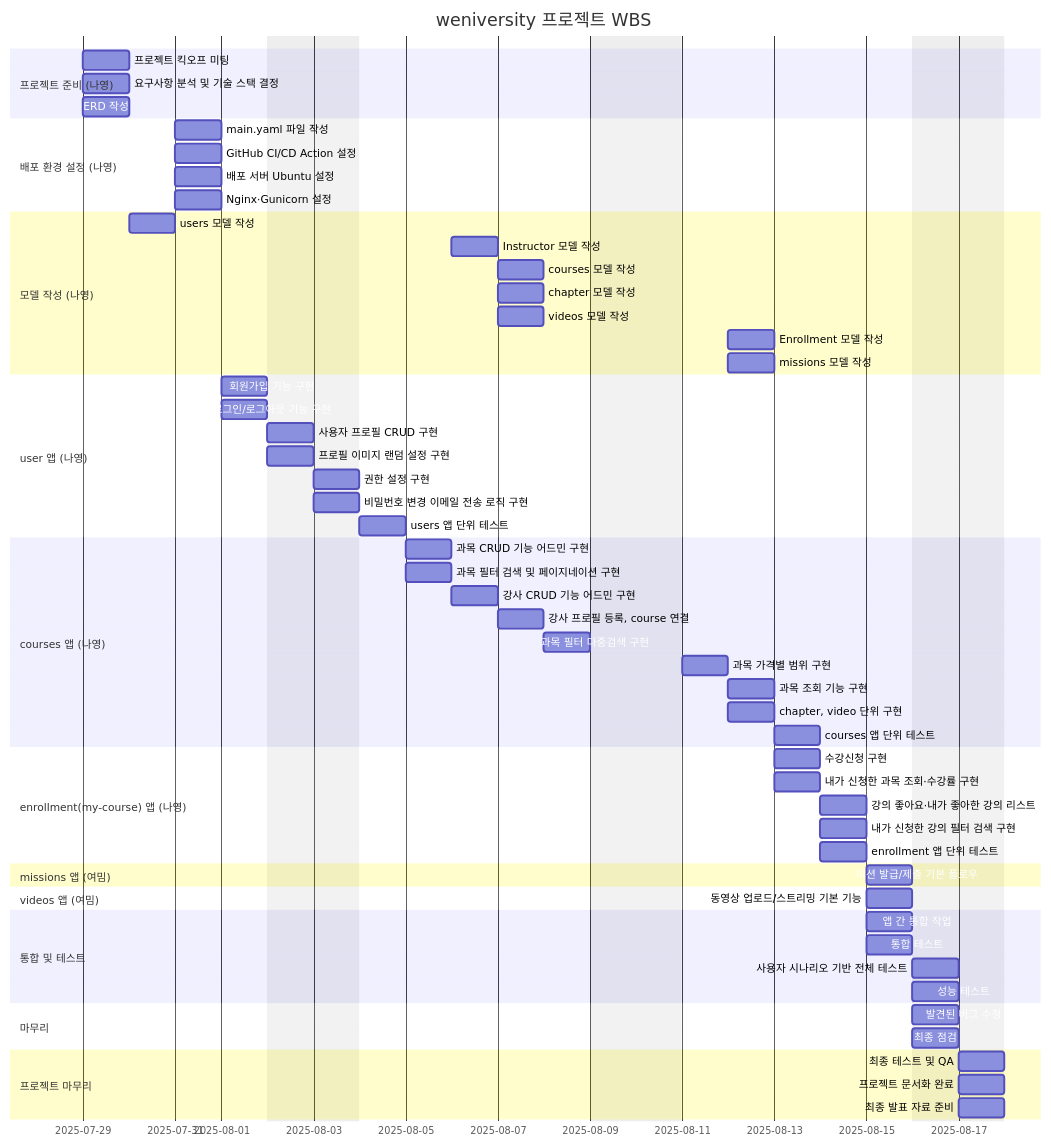
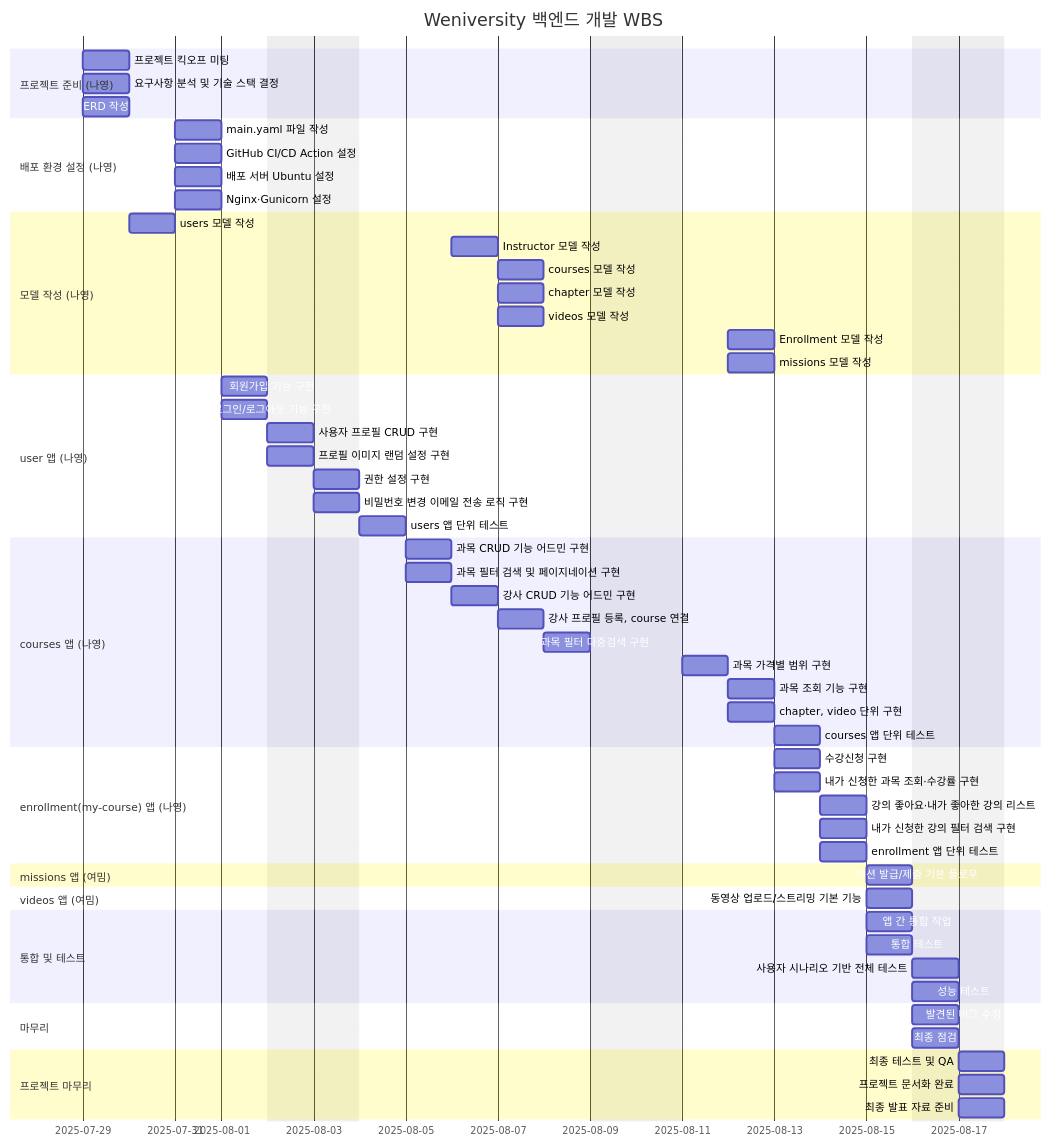
The second of 3 diagrams in README.md (yeo-meme/weniversity-web), drawn with Mermaid before and after one commit. The commit also changed other lines of this file, not shown here.

Commit message:
READEME mermaid, 폴더구조, 회고 수정

````diff
--- a/README.md
+++ b/README.md
@@ -248,75 +325,75 @@
 ```mermaid
 gantt
     dateFormat  YYYY-MM-DD
-    title       weniversity 프로젝트 WBS
+    title       Weniversity 백엔드 개발 WBS
     excludes    weekends
 
     section 프로젝트 준비 (나영)
     프로젝트 킥오프 미팅                :2025-07-29, 1d
     요구사항 분석 및 기술 스택 결정       :2025-07-29, 1d
     ERD 작성                          :2025-07-29, 1d
 
     section 배포 환경 설정 (나영)
     main.yaml 파일 작성                :2025-07-31, 1d
     GitHub CI/CD Action 설정          :2025-07-31, 1d
     배포 서버 Ubuntu 설정              :2025-07-31, 1d
     Nginx·Gunicorn 설정               :2025-07-31, 1d
 
     section 모델 작성 (나영)
     users 모델 작성                    :2025-07-30, 1d
     Instructor 모델 작성               :2025-08-06, 1d
     courses 모델 작성                  :2025-08-07, 1d
     chapter 모델 작성                  :2025-08-07, 1d
     videos 모델 작성                   :2025-08-07, 1d
     Enrollment 모델 작성               :2025-08-12, 1d
     missions 모델 작성                 :2025-08-12, 1d
 
     section user 앱 (나영)
     회원가입 기능 구현                  :2025-08-01, 1d
     로그인/로그아웃 기능 구현             :2025-08-01, 1d
     사용자 프로필 CRUD 구현             :2025-08-02, 1d
     프로필 이미지 랜덤 설정 구현           :2025-08-02, 1d
     권한 설정 구현                     :2025-08-03, 1d
     비밀번호 변경 이메일 전송 로직 구현     :2025-08-03, 1d
     users 앱 단위 테스트               :2025-08-04, 1d
 
     section courses 앱 (나영)
     과목 CRUD 기능 어드민 구현           :2025-08-05, 1d
     과목 필터 검색 및 페이지네이션 구현     :2025-08-05, 1d
     강사 CRUD 기능 어드민 구현           :2025-08-06, 1d
     강사 프로필 등록, course 연결        :2025-08-07, 1d
     과목 필터 다중검색 구현              :2025-08-08, 1d
     과목 가격별 범위 구현                :2025-08-11, 1d
     과목 조회 기능 구현                 :2025-08-12, 1d
     chapter, video 단위 구현            :2025-08-12, 1d
     courses 앱 단위 테스트              :2025-08-13, 1d
 
     section enrollment(my-course) 앱 (나영)
     수강신청 구현                      :2025-08-13, 1d
     내가 신청한 과목 조회·수강률 구현      :2025-08-13, 1d
     강의 좋아요·내가 좋아한 강의 리스트     :2025-08-14, 1d
     내가 신청한 강의 필터 검색 구현        :2025-08-14, 1d
     enrollment 앱 단위 테스트           :2025-08-14, 1d
 
     section missions 앱 (여밈)
     미션 발급/제출 기본 플로우            :2025-08-15, 1d
 
     section videos 앱 (여밈)
     동영상 업로드/스트리밍 기본 기능        :2025-08-15, 1d
 
     section 통합 및 테스트
     앱 간 통합 작업                    :2025-08-15, 1d
     통합 테스트                        :2025-08-15, 1d
     사용자 시나리오 기반 전체 테스트        :2025-08-16, 1d
     성능 테스트                        :2025-08-16, 1d
 
     section 마무리
     발견된 버그 수정                   :2025-08-16, 1d
     최종 점검                         :2025-08-16, 1d
 
     section 프로젝트 마무리
     최종 테스트 및 QA                 :2025-08-17, 1d
     프로젝트 문서화 완료                :2025-08-17, 1d
     최종 발표 자료 준비                :2025-08-17, 1d
 
 ```
````
